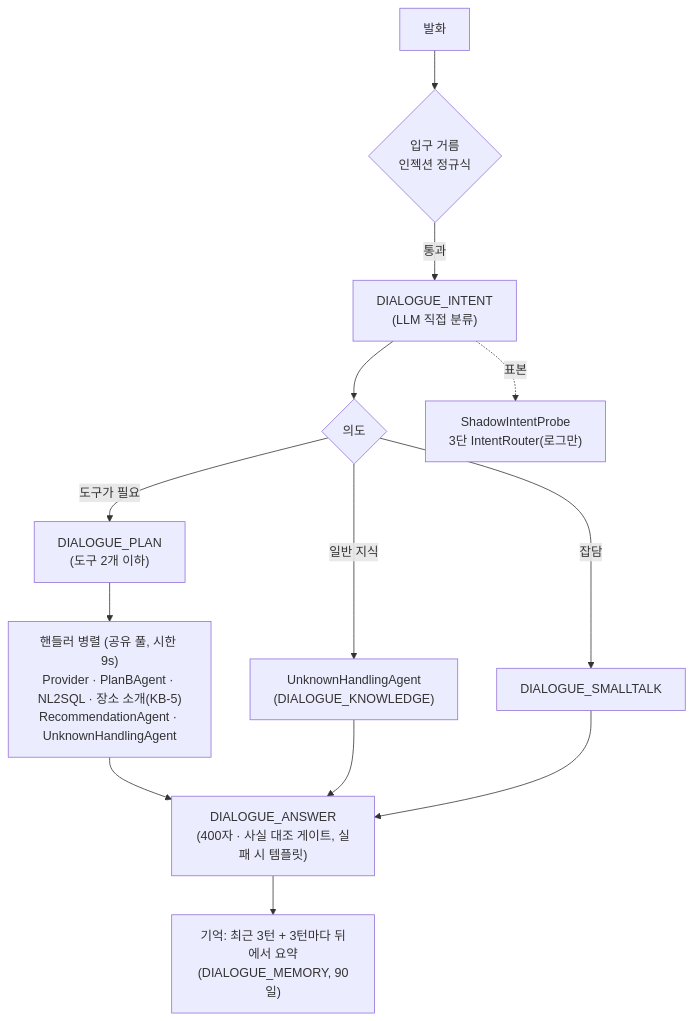
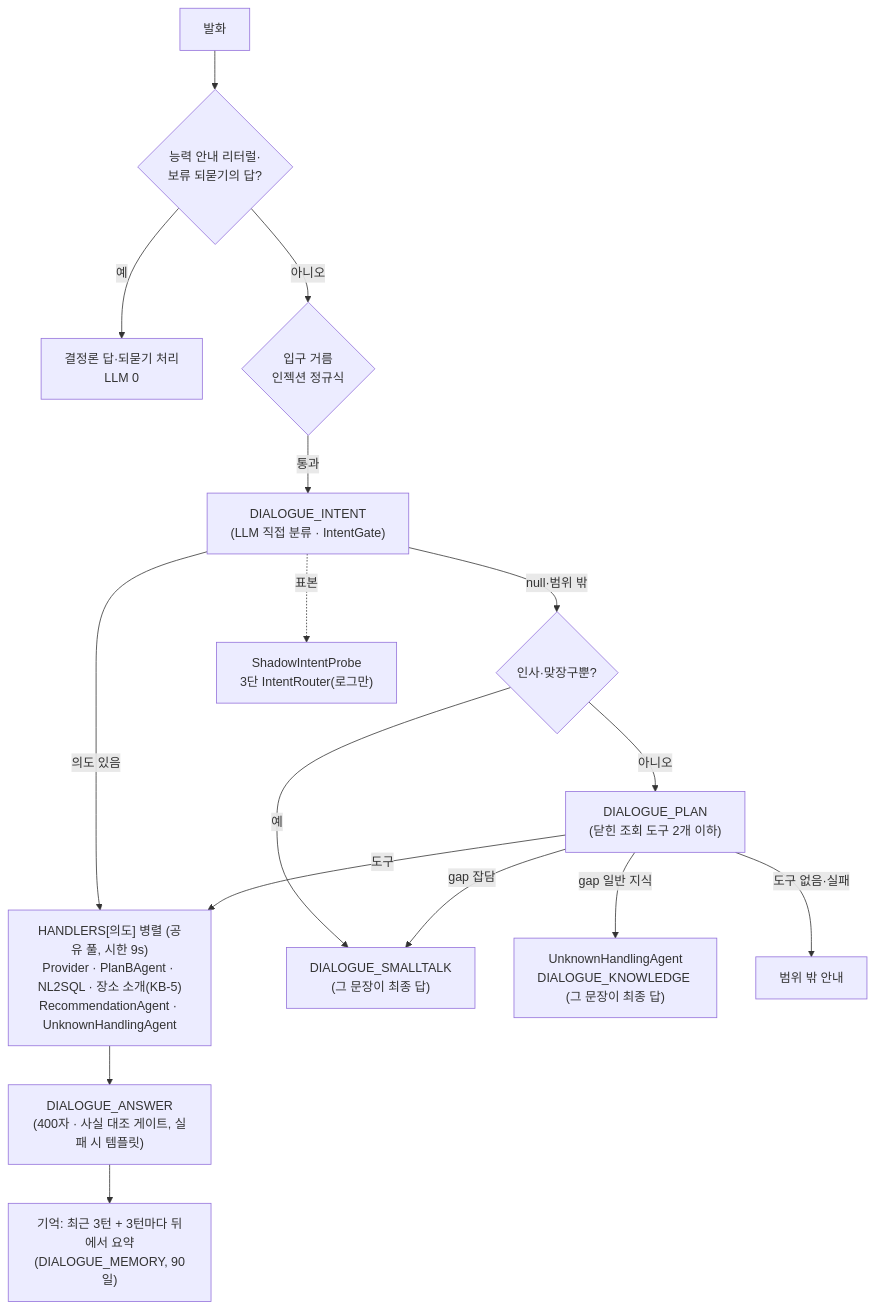
The second of 2 diagrams in ai/ARCHITECTURE.md (ASM-TripPilot/trippilot), drawn with Mermaid before and after one commit. The commit also changed other lines of this file, not shown here.

First line of the commit message:
docs(ai): ARCHITECTURE.md 감사 반영 — api 층이 다시 짜기·편집·설명을 조율, 도우미 흐름 그림, 미들웨어 상태코드, §12 넷 추가

````diff
--- a/ai/ARCHITECTURE.md
+++ b/ai/ARCHITECTURE.md
@@ -124,15 +124,18 @@
 ```mermaid
 flowchart TD
-  U[발화] --> G{입구 거름<br/>인젝션 정규식}
-  G -->|통과| I["DIALOGUE_INTENT<br/>(LLM 직접 분류)"]
-  I --> S{의도}
-  S -->|잡담| SM[DIALOGUE_SMALLTALK]
-  S -->|도구가 필요| P["DIALOGUE_PLAN<br/>(도구 2개 이하)"]
-  S -->|일반 지식| K["UnknownHandlingAgent<br/>(DIALOGUE_KNOWLEDGE)"]
-  P --> H["핸들러 병렬 (공유 풀, 시한 9s)<br/>Provider · PlanBAgent · NL2SQL · 장소 소개(KB-5)<br/>RecommendationAgent · UnknownHandlingAgent"]
+  U[발화] --> Z{능력 안내 리터럴·<br/>보류 되묻기의 답?}
+  Z -->|예| ZA[결정론 답·되묻기 처리<br/>LLM 0]
+  Z -->|아니오| G{입구 거름<br/>인젝션 정규식}
+  G -->|통과| I["DIALOGUE_INTENT<br/>(LLM 직접 분류 · IntentGate)"]
+  I -->|의도 있음| H["HANDLERS[의도] 병렬 (공유 풀, 시한 9s)<br/>Provider · PlanBAgent · NL2SQL · 장소 소개(KB-5)<br/>RecommendationAgent · UnknownHandlingAgent"]
+  I -->|null·범위 밖| N{인사·맞장구뿐?}
+  N -->|예| SM["DIALOGUE_SMALLTALK<br/>(그 문장이 최종 답)"]
+  N -->|아니오| P["DIALOGUE_PLAN<br/>(닫힌 조회 도구 2개 이하)"]
+  P -->|도구| H
+  P -->|gap 잡담| SM
+  P -->|gap 일반 지식| K["UnknownHandlingAgent<br/>DIALOGUE_KNOWLEDGE (그 문장이 최종 답)"]
+  P -->|도구 없음·실패| O[범위 밖 안내]
   H --> A["DIALOGUE_ANSWER<br/>(400자 · 사실 대조 게이트, 실패 시 템플릿)"]
-  K --> A
-  SM --> A
   A --> M["기억: 최근 3턴 + 3턴마다 뒤에서 요약<br/>(DIALOGUE_MEMORY, 90일)"]
   I -.->|표본| SH["ShadowIntentProbe<br/>3단 IntentRouter(로그만)"]
 ```
````
